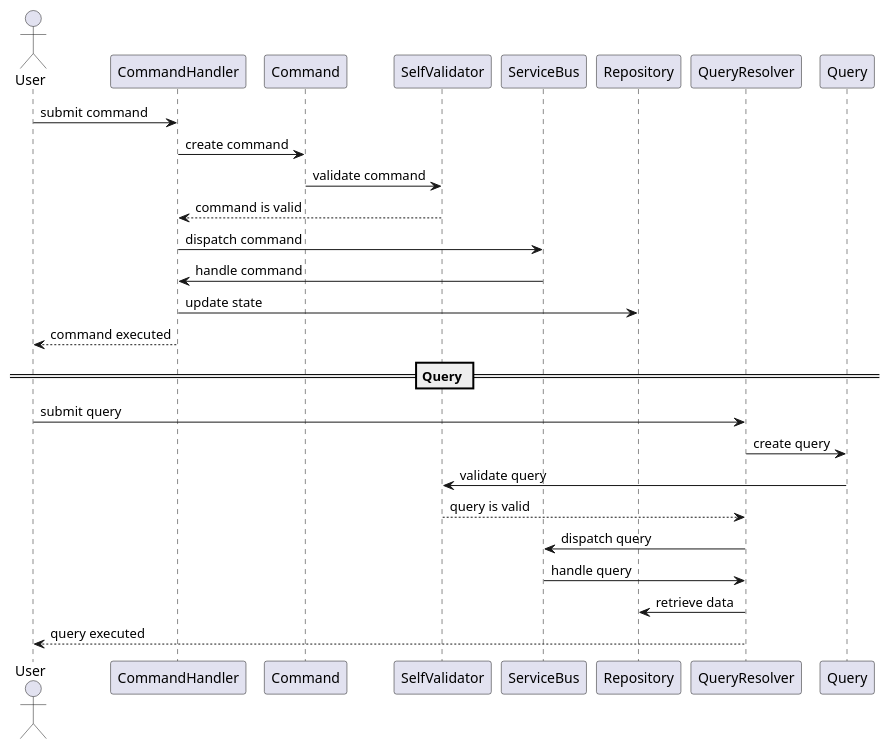
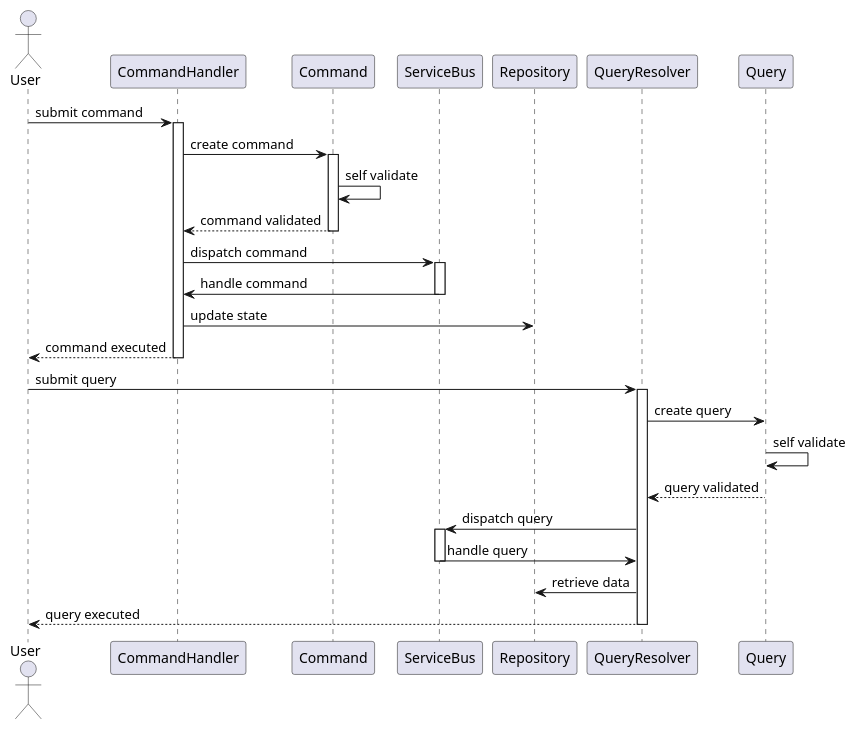
The diagram in docs/sequence-diagram.puml (mmendespro/spring-cqrs-poc), drawn with PlantUML before and after one commit. The commit also changed 6 other files, not shown here.

```diff
--- a/docs/sequence-diagram.puml
+++ b/docs/sequence-diagram.puml
@@ -1,23 +1,22 @@
 @startuml cqrs-sequence-diagram
 
     actor User
 
-    User -> CommandHandler: submit command
-    CommandHandler -> Command: create command
-    Command -> SelfValidator: validate command
-    SelfValidator --> CommandHandler: command is valid
-    CommandHandler -> ServiceBus: dispatch command
-    ServiceBus -> CommandHandler: handle command
+    User -> CommandHandler ++: submit command
+    CommandHandler -> Command ++: create command
+    Command -> Command: self validate
+    Command --> CommandHandler -- : command validated 
+    CommandHandler -> ServiceBus ++: dispatch command
+    ServiceBus -> CommandHandler --: handle command
     CommandHandler -> Repository: update state
-    CommandHandler --> User: command executed
-    == Query ==
-    User -> QueryResolver: submit query
+    CommandHandler --> User --: command executed
+
+    User -> QueryResolver ++ : submit query
     QueryResolver -> Query: create query
-    Query -> SelfValidator: validate query
-    SelfValidator --> QueryResolver: query is valid
-    QueryResolver -> ServiceBus: dispatch query
-    ServiceBus -> QueryResolver: handle query
+    Query -> Query: self validate
+    Query --> QueryResolver : query validated 
+    QueryResolver -> ServiceBus ++ : dispatch query
+    ServiceBus -> QueryResolver --: handle query
     QueryResolver -> Repository: retrieve data
-    QueryResolver --> User: query executed
-
+    QueryResolver --> User -- : query executed
 @enduml
```
